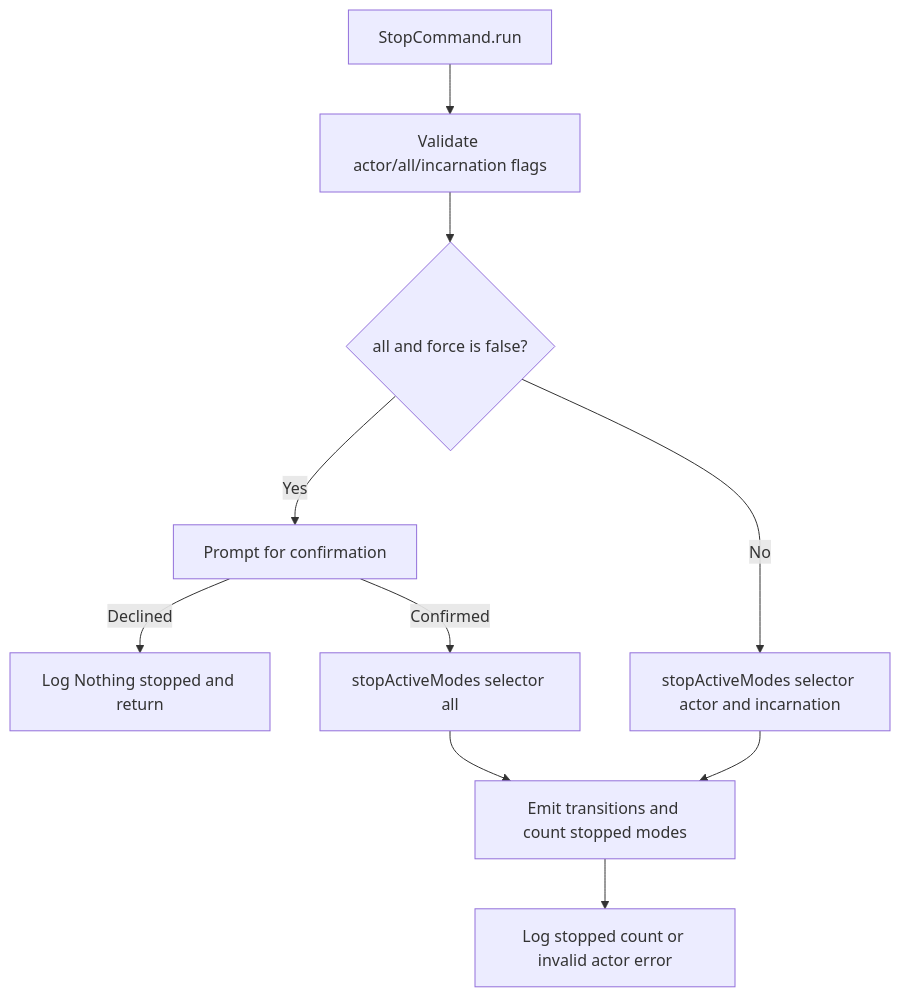
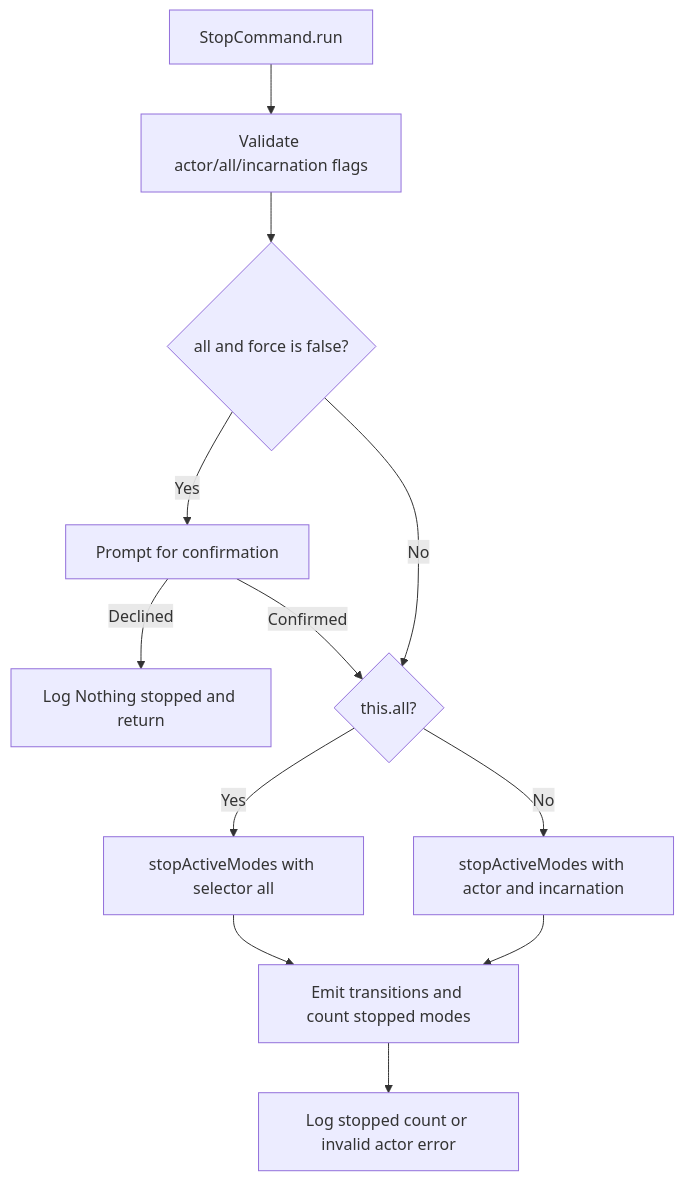
Before and after one commit to Kevinjohn/oss-adonisjs-masquerade: the second of 2 diagrams in user-stories/expire-retain-modes/us-ops-04-revoke-active-modes.md, drawn with Mermaid. The commit also changed 5 other files, not shown here.

Commit message:
Correct request admission and operator mode flow boundaries

````diff
--- a/user-stories/expire-retain-modes/us-ops-04-revoke-active-modes.md
+++ b/user-stories/expire-retain-modes/us-ops-04-revoke-active-modes.md
@@ -45,12 +45,14 @@
 ```mermaid
 flowchart TD
     A["StopCommand.run"] --> B["Validate actor/all/incarnation flags"]
     B --> C{"all and force is false?"}
     C -->|Yes| D["Prompt for confirmation"]
     D -->|Declined| E["Log Nothing stopped and return"]
-    D -->|Confirmed| F["stopActiveModes selector all"]
-    C -->|No| G["stopActiveModes selector actor and incarnation"]
-    F --> H["Emit transitions and count stopped modes"]
-    G --> H
-    H --> I["Log stopped count or invalid actor error"]
+    D -->|Confirmed| F{"this.all?"}
+    C -->|No| F
+    F -->|Yes| G["stopActiveModes with selector all"]
+    F -->|No| H["stopActiveModes with actor and incarnation"]
+    G --> I["Emit transitions and count stopped modes"]
+    H --> I
+    I --> J["Log stopped count or invalid actor error"]
 ```
````
